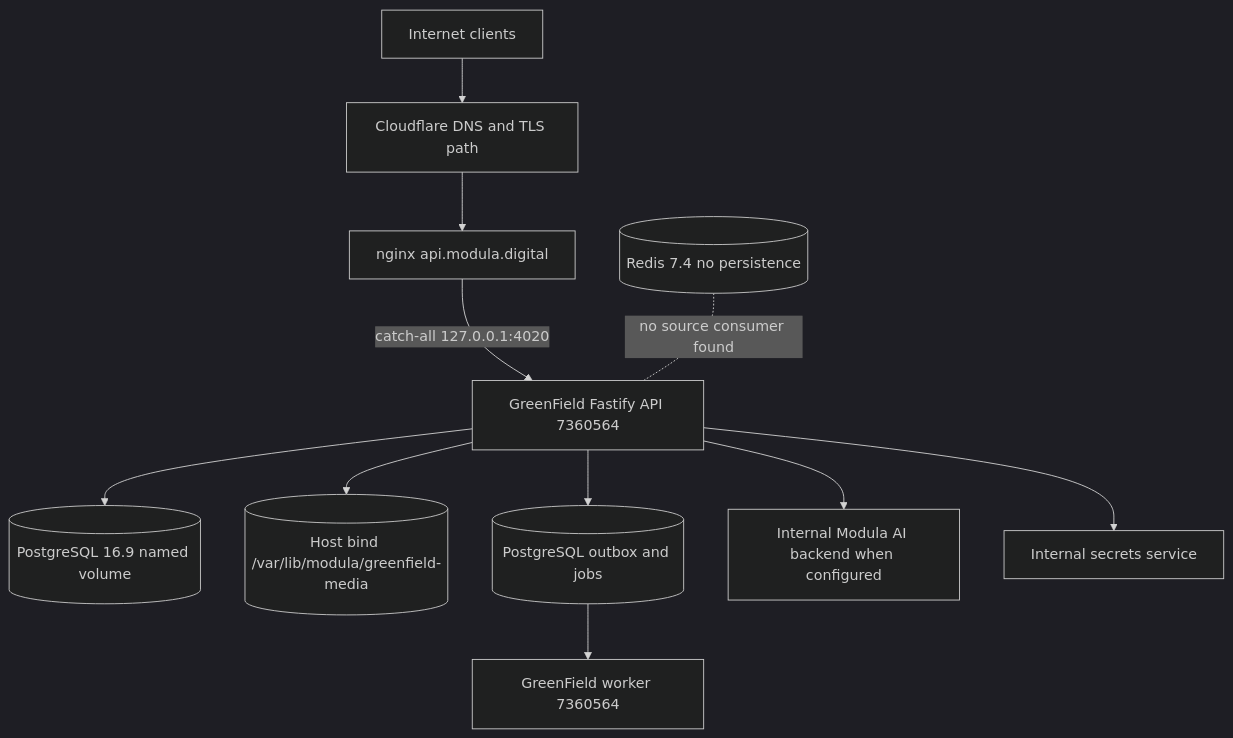
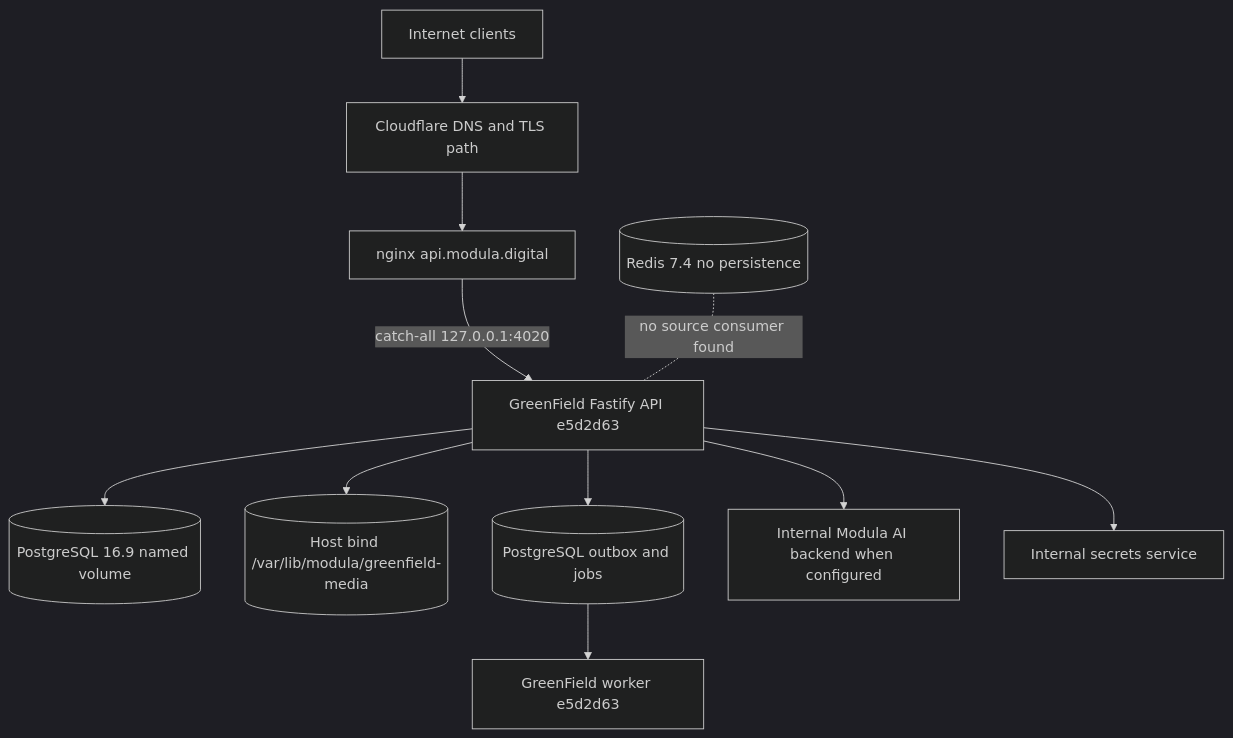
The diagram in docs/audits/api-atlas-01/00-production-truth.md (modula-mod/modula-latest), drawn with Mermaid (dark theme) before and after one commit. The commit also changed other lines of this file and 28 other files, not shown here.

````diff
--- a/docs/audits/api-atlas-01/00-production-truth.md
+++ b/docs/audits/api-atlas-01/00-production-truth.md
@@ -32,13 +32,13 @@
 ```mermaid
 flowchart TD
   internet[Internet clients] --> dns[Cloudflare DNS and TLS path]
   dns --> nginx[nginx api.modula.digital]
-  nginx -->|catch-all 127.0.0.1:4020| api[GreenField Fastify API 7360564]
+  nginx -->|catch-all 127.0.0.1:4020| api[GreenField Fastify API e5d2d63]
   api --> postgres[(PostgreSQL 16.9 named volume)]
   api --> media[(Host bind /var/lib/modula/greenfield-media)]
   api --> outbox[(PostgreSQL outbox and jobs)]
-  outbox --> worker[GreenField worker 7360564]
+  outbox --> worker[GreenField worker e5d2d63]
   api --> ai[Internal Modula AI backend when configured]
   api --> secrets[Internal secrets service]
   redis[(Redis 7.4 no persistence)] -. no source consumer found .- api
 ```
````
